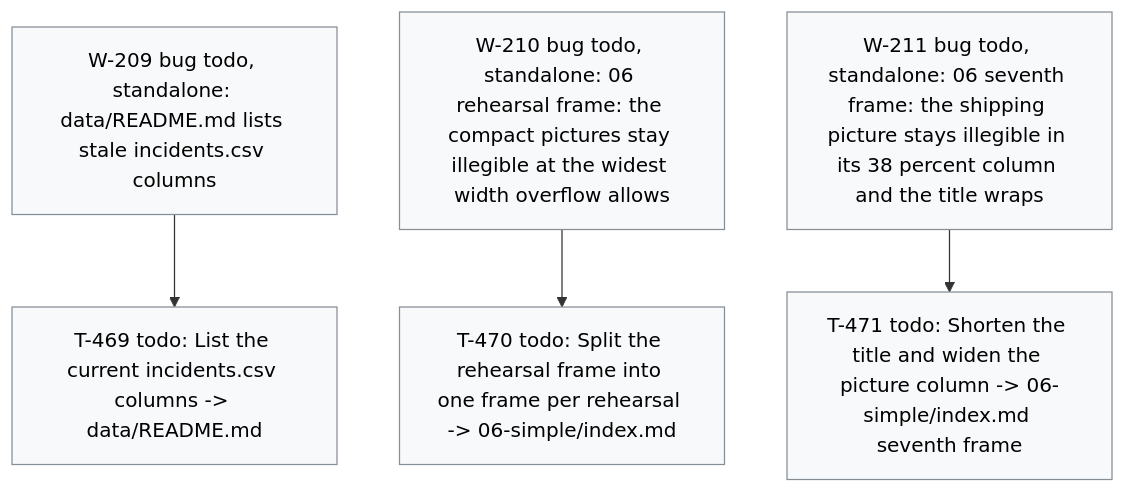
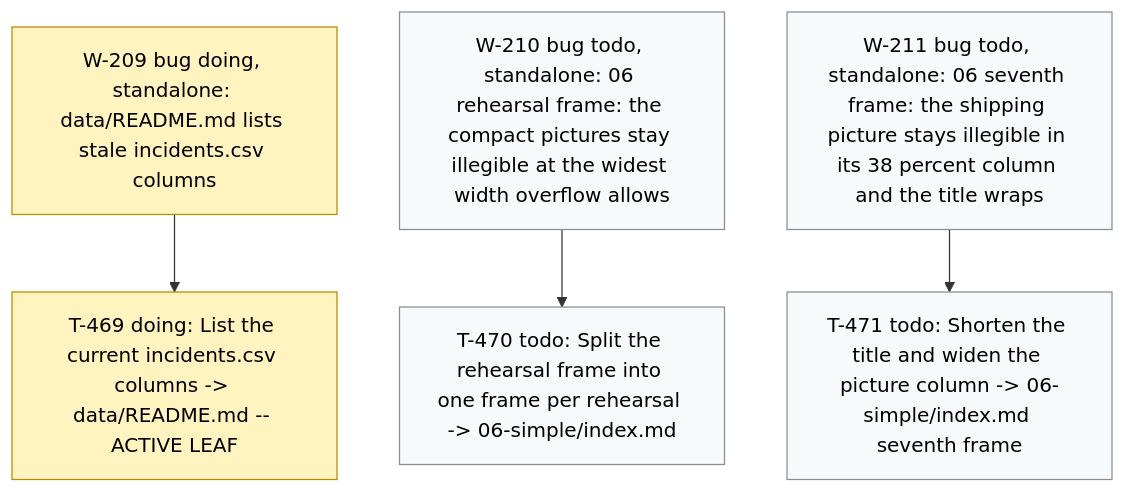
Before and after one commit to dpopchev/chaos-to-simple: the diagram in .board/BOARD.md, drawn with Mermaid. The commit also changed other lines of this file and 2 other files, not shown here.

Commit message:
chore(board): activate W-209, start T-469
Refs: W-209 T-469

````diff
--- a/.board/BOARD.md
+++ b/.board/BOARD.md
@@ -1234,15 +1234,16 @@
 ```mermaid
 flowchart TD
-  W209["W-209 bug todo, standalone: data/README.md lists stale incidents.csv columns"]
-  W209 --> T469["T-469 todo: List the current incidents.csv columns -> data/README.md"]
+  W209["W-209 bug doing, standalone: data/README.md lists stale incidents.csv columns"]
+  W209 --> T469["T-469 doing: List the current incidents.csv columns -> data/README.md -- ACTIVE LEAF"]
   W210["W-210 bug todo, standalone: 06 rehearsal frame: the compact pictures stay illegible at the widest width overflow allows"]
   W210 --> T470["T-470 todo: Split the rehearsal frame into one frame per rehearsal -> 06-simple/index.md"]
   W211["W-211 bug todo, standalone: 06 seventh frame: the shipping picture stays illegible in its 38 percent column and the title wraps"]
   W211 --> T471["T-471 todo: Shorten the title and widen the picture column -> 06-simple/index.md seventh frame"]
   classDef doing fill:#fff3bf,stroke:#b58900,color:#000;
   classDef blocked fill:#ffe3e3,stroke:#c92a2a,color:#000;
   classDef done fill:#e6ffed,stroke:#2b8a3e,color:#000;
   classDef todo fill:#f8f9fa,stroke:#868e96,color:#000;
   classDef pruned fill:#f1f3f5,stroke:#adb5bd,color:#000;
-  class W209,T469,W210,T470,W211,T471 todo
+  class W209,T469 doing
+  class W210,T470,W211,T471 todo
 ```
````
